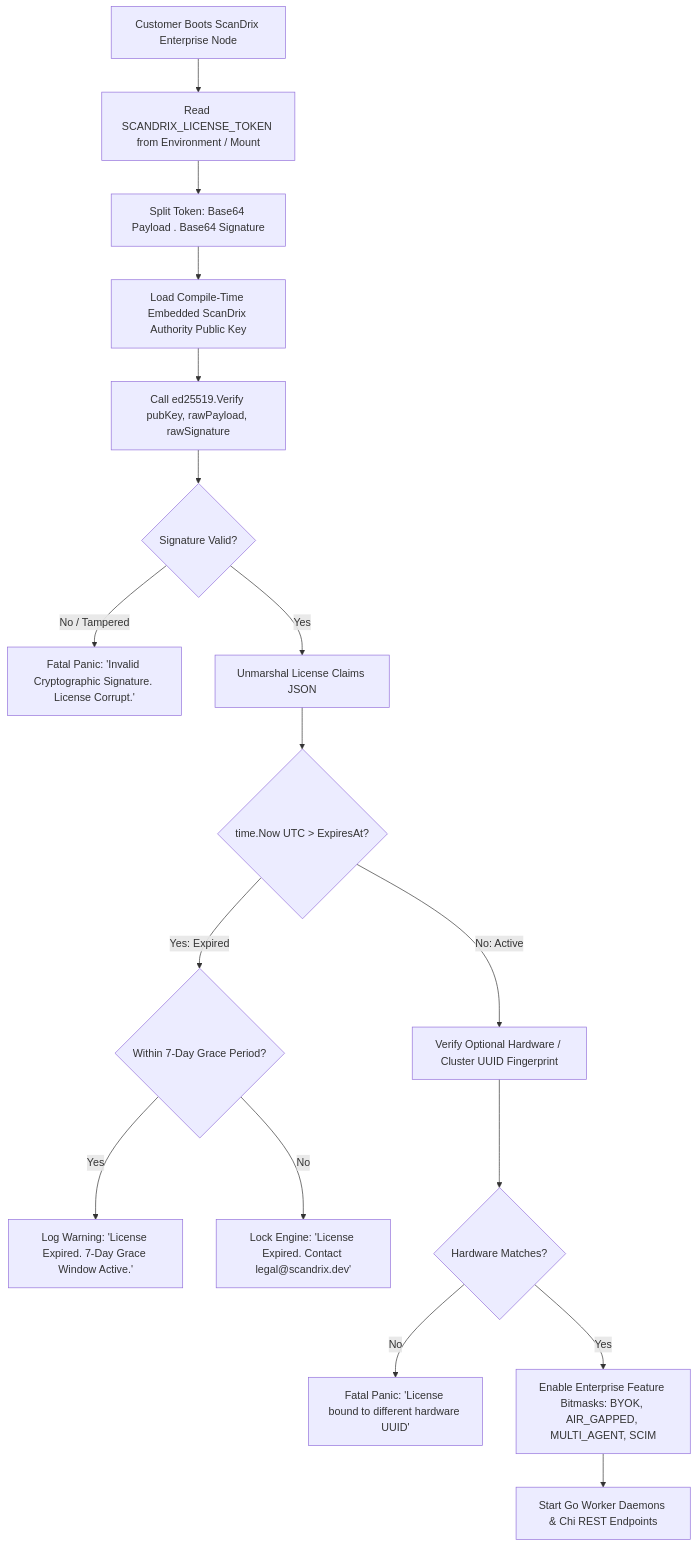
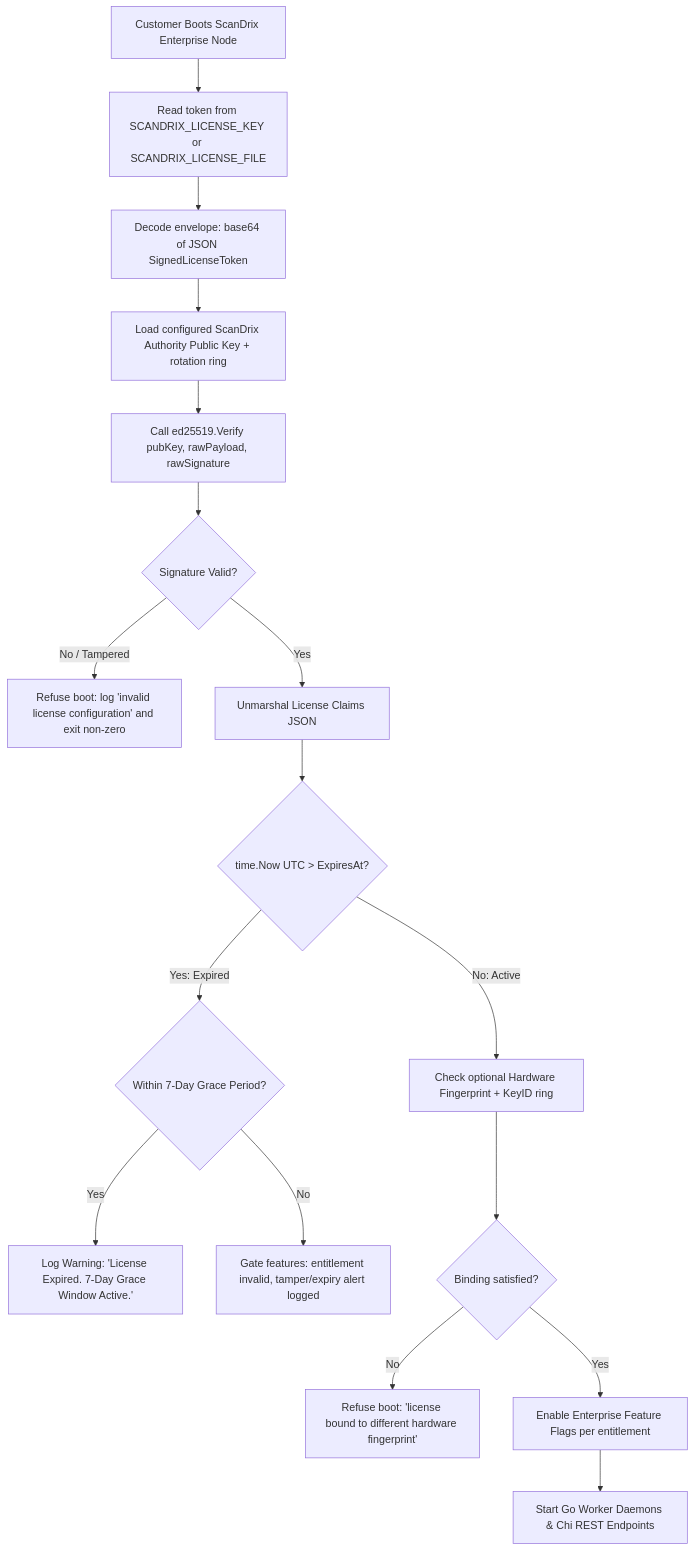
Before and after one commit to Santosh-Prasad-Verma/ScanDrix: the sixth of 7 diagrams in docs/enterprise/WORKFLOWS.md, drawn with Mermaid. The commit also changed other lines of this file and 39 other files, not shown here.

````diff
--- a/docs/enterprise/WORKFLOWS.md
+++ b/docs/enterprise/WORKFLOWS.md
@@ -231,23 +260,23 @@
 ```mermaid
 flowchart TD
-    A[Customer Boots ScanDrix Enterprise Node] --> B[Read SCANDRIX_LICENSE_TOKEN from Environment / Mount]
-    B --> C[Split Token: Base64 Payload . Base64 Signature]
-    C --> D[Load Compile-Time Embedded ScanDrix Authority Public Key]
+    A[Customer Boots ScanDrix Enterprise Node] --> B[Read token from SCANDRIX_LICENSE_KEY or SCANDRIX_LICENSE_FILE]
+    B --> C[Decode envelope: base64 of JSON SignedLicenseToken]
+    C --> D[Load configured ScanDrix Authority Public Key + rotation ring]
     
     D --> E[Call ed25519.Verify pubKey, rawPayload, rawSignature]
     E --> F{Signature Valid?}
     
-    F -- No / Tampered --> G[Fatal Panic: 'Invalid Cryptographic Signature. License Corrupt.']
+    F -- No / Tampered --> G[Refuse boot: log 'invalid license configuration' and exit non-zero]
     F -- Yes --> H[Unmarshal License Claims JSON]
     
     H --> I{time.Now UTC > ExpiresAt?}
     I -- Yes: Expired --> J{Within 7-Day Grace Period?}
     J -- Yes --> K[Log Warning: 'License Expired. 7-Day Grace Window Active.']
-    J -- No --> L[Lock Engine: 'License Expired. Contact legal@scandrix.dev']
+    J -- No --> L[Gate features: entitlement invalid, tamper/expiry alert logged]
     
-    I -- No: Active --> M[Verify Optional Hardware / Cluster UUID Fingerprint]
-    M --> N{Hardware Matches?}
-    N -- No --> O[Fatal Panic: 'License bound to different hardware UUID']
-    N -- Yes --> P[Enable Enterprise Feature Bitmasks: BYOK, AIR_GAPPED, MULTI_AGENT, SCIM]
+    I -- No: Active --> M[Check optional Hardware Fingerprint + KeyID ring]
+    M --> N{Binding satisfied?}
+    N -- No --> O[Refuse boot: 'license bound to different hardware fingerprint']
+    N -- Yes --> P[Enable Enterprise Feature Flags per entitlement]
     P --> Q[Start Go Worker Daemons & Chi REST Endpoints]
 ```
````
